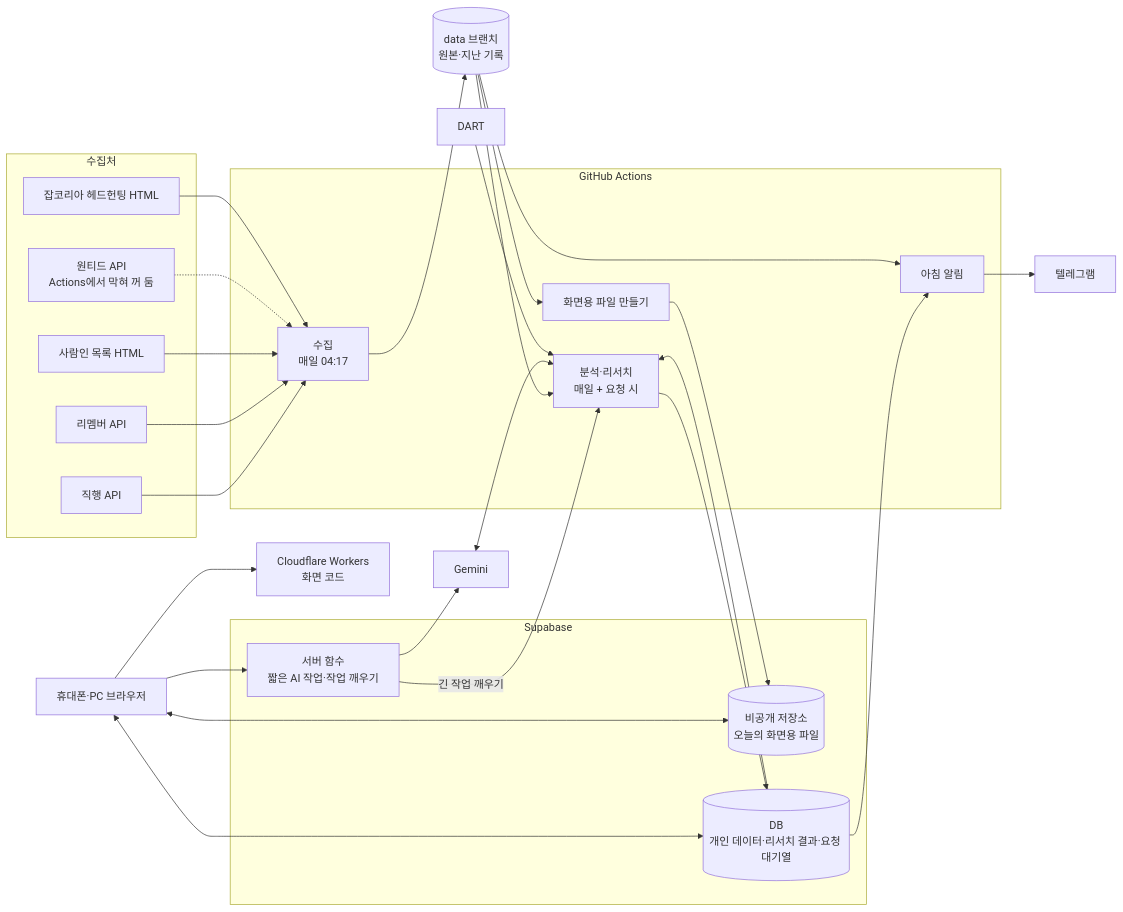
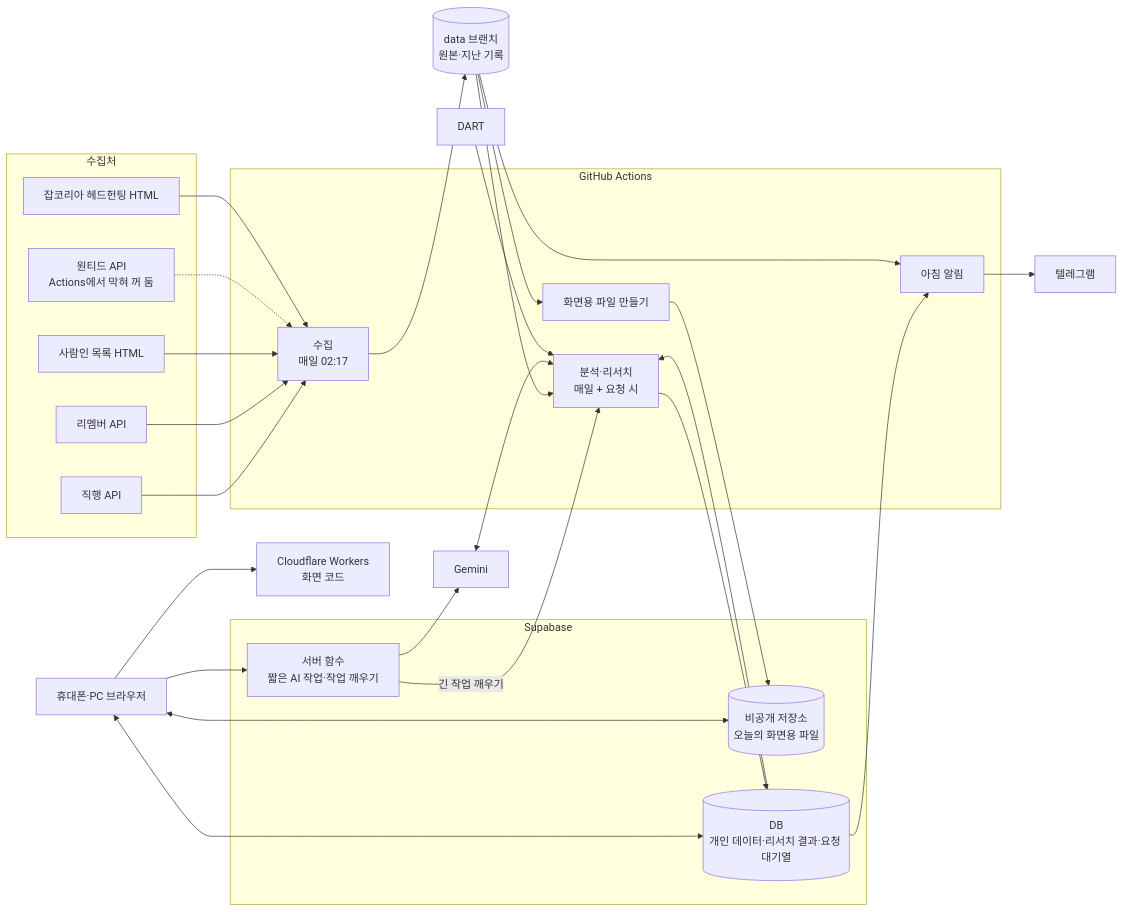
The diagram in docs/architecture.md (GIT-SUNGWONCHO/job_posting), drawn with Mermaid before and after one commit. The commit also changed other lines of this file and 5 other files, not shown here.

````diff
--- a/docs/architecture.md
+++ b/docs/architecture.md
@@ -9,49 +9,49 @@
 ```mermaid
 flowchart LR
   subgraph 수집처
     Z[직행 API]
     R[리멤버 API]
     S[사람인 목록 HTML]
     W[원티드 API<br/>Actions에서 막혀 꺼 둠]
     J[잡코리아 헤드헌팅 HTML]
   end
   subgraph GitHub Actions
-    C[수집<br/>매일 04:17]
+    C[수집<br/>매일 02:17]
     A[분석·리서치<br/>매일 + 요청 시]
     B[화면용 파일 만들기]
     K[아침 알림]
   end
   D[(data 브랜치<br/>원본·지난 기록)]
   subgraph Supabase
     ST[(비공개 저장소<br/>오늘의 화면용 파일)]
     DB[(DB<br/>개인 데이터·리서치 결과·요청 대기열)]
     F[서버 함수<br/>짧은 AI 작업·작업 깨우기]
   end
   G[Gemini]
   DART[DART]
   P[Cloudflare Workers<br/>화면 코드]
   U[휴대폰·PC 브라우저]
   KT[텔레그램]
 
   Z --> C
   R --> C
   S --> C
   W -.-> C
   J --> C
   C --> D
   D --> A
   DB --> A
   G <--> A
   DART --> A
   A --> DB
   D --> B --> ST
   U --> P
   U <--> ST
   U <--> DB
   U --> F
   F --> G
   F -- 긴 작업 깨우기 --> A
   DB --> K
   D --> K
   K --> KT
 ```
````
